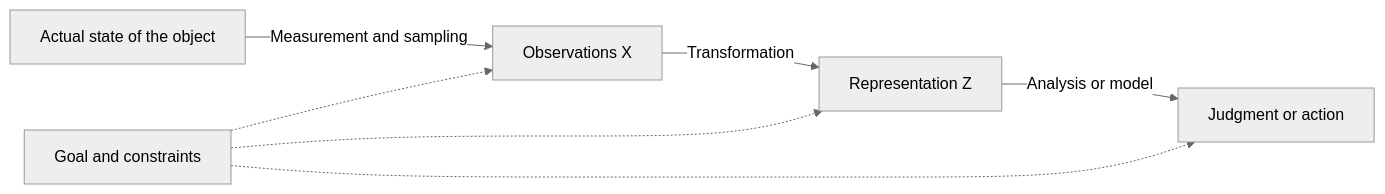
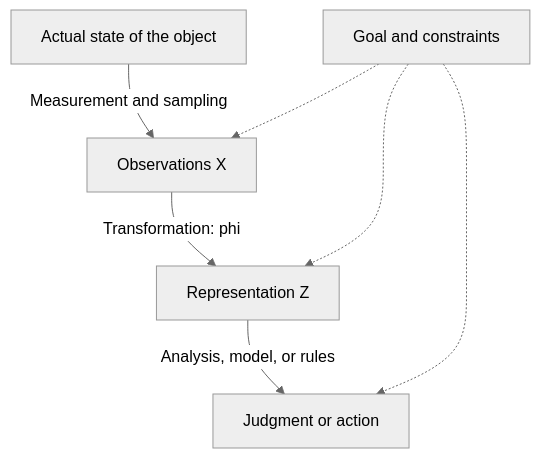
One commit to neoaksa/neoaksa.github.io changed the first of 6 diagrams in _posts/2026-11-17-dimensions-and-features.md. Above: the diagram before and after it, drawn with Mermaid (neutral theme). The commit also changed other lines of this file and 6 other files, not shown here.

````diff
--- a/_posts/2026-11-17-dimensions-and-features.md
+++ b/_posts/2026-11-17-dimensions-and-features.md
@@ -40,9 +38,9 @@
 ```mermaid
-flowchart LR
+flowchart TD
     O["Actual state of the object"] -->|"Measurement and sampling"| X["Observations X"]
-    X -->|"Transformation"| Z["Representation Z"]
-    Z -->|"Analysis or model"| R["Judgment or action"]
+    X -->|"Transformation: phi"| Z["Representation Z"]
+    Z -->|"Analysis, model, or rules"| R["Judgment or action"]
     G["Goal and constraints"] -.-> X
     G -.-> Z
     G -.-> R
 ```
````
